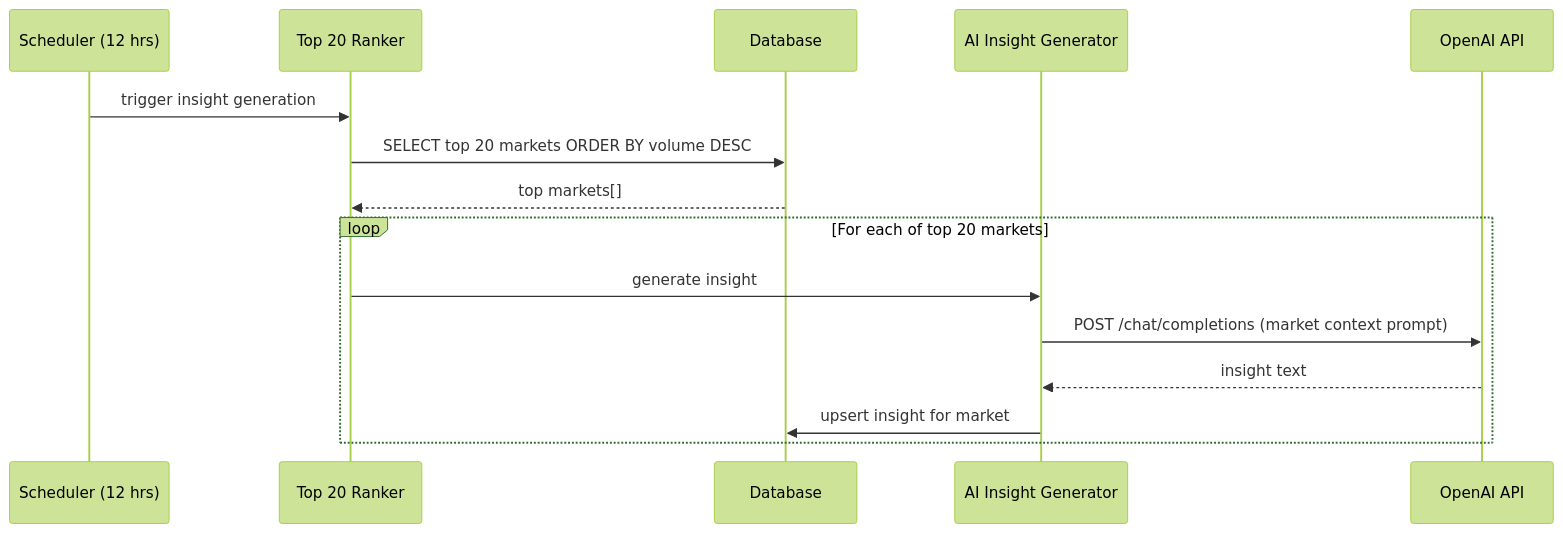
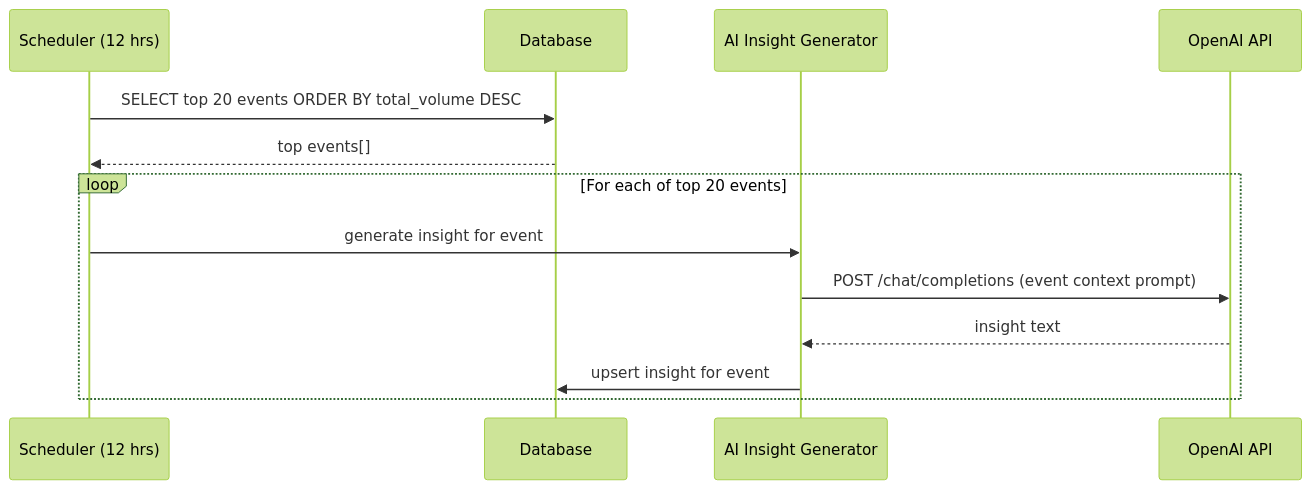
The third of 5 diagrams in README.md (chakane0/eco), drawn with Mermaid (forest theme) before and after one commit. The commit also changed other lines of this file and 5 other files, not shown here.

````diff
--- a/README.md
+++ b/README.md
@@ -98,19 +295,17 @@
 ```mermaid
 sequenceDiagram
     participant Cron as Scheduler (12 hrs)
-    participant Ranker as Top 20 Ranker
     participant DB as Database
     participant AI as AI Insight Generator
     participant OpenAI as OpenAI API
 
-    Cron->>Ranker: trigger insight generation
-    Ranker->>DB: SELECT top 20 markets ORDER BY volume DESC
-    DB-->>Ranker: top markets[]
-    
-    loop For each of top 20 markets
-        Ranker->>AI: generate insight
-        AI->>OpenAI: POST /chat/completions (market context prompt)
+    Cron->>DB: SELECT top 20 events ORDER BY total_volume DESC
+    DB-->>Cron: top events[]
+
+    loop For each of top 20 events
+        Cron->>AI: generate insight for event
+        AI->>OpenAI: POST /chat/completions (event context prompt)
         OpenAI-->>AI: insight text
-        AI->>DB: upsert insight for market
+        AI->>DB: upsert insight for event
     end
 ```
````
